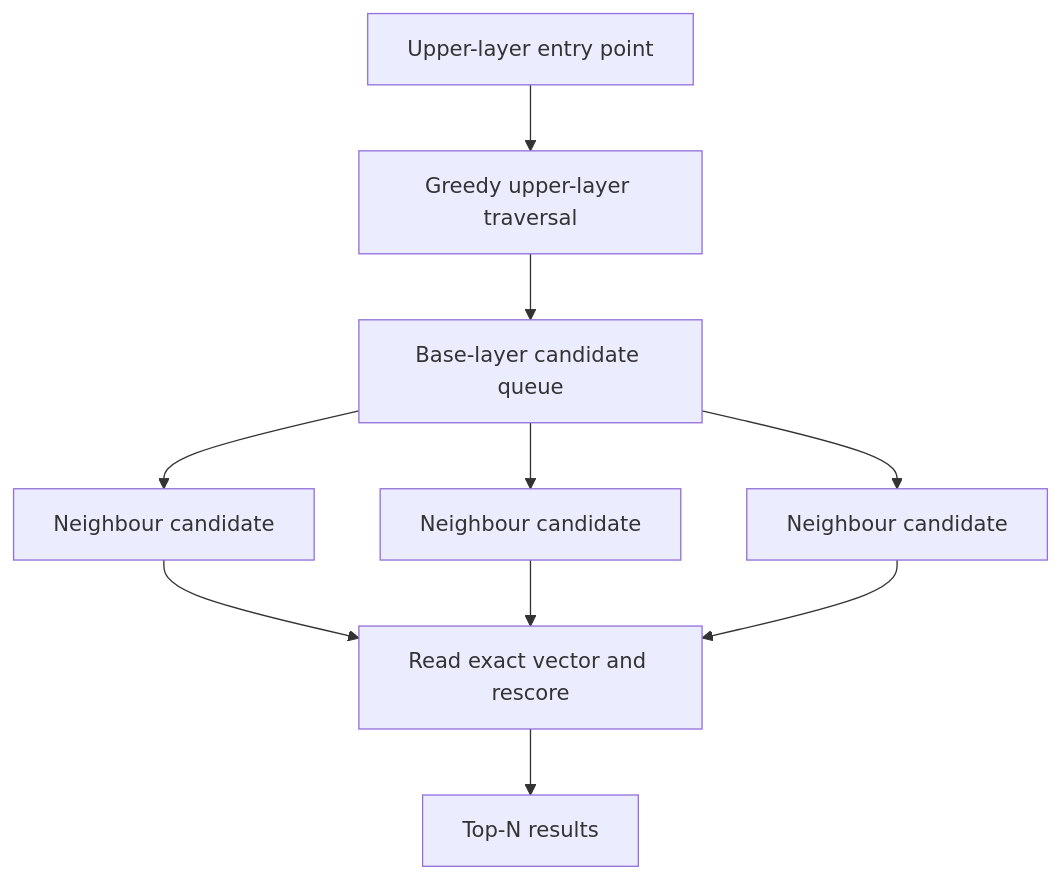
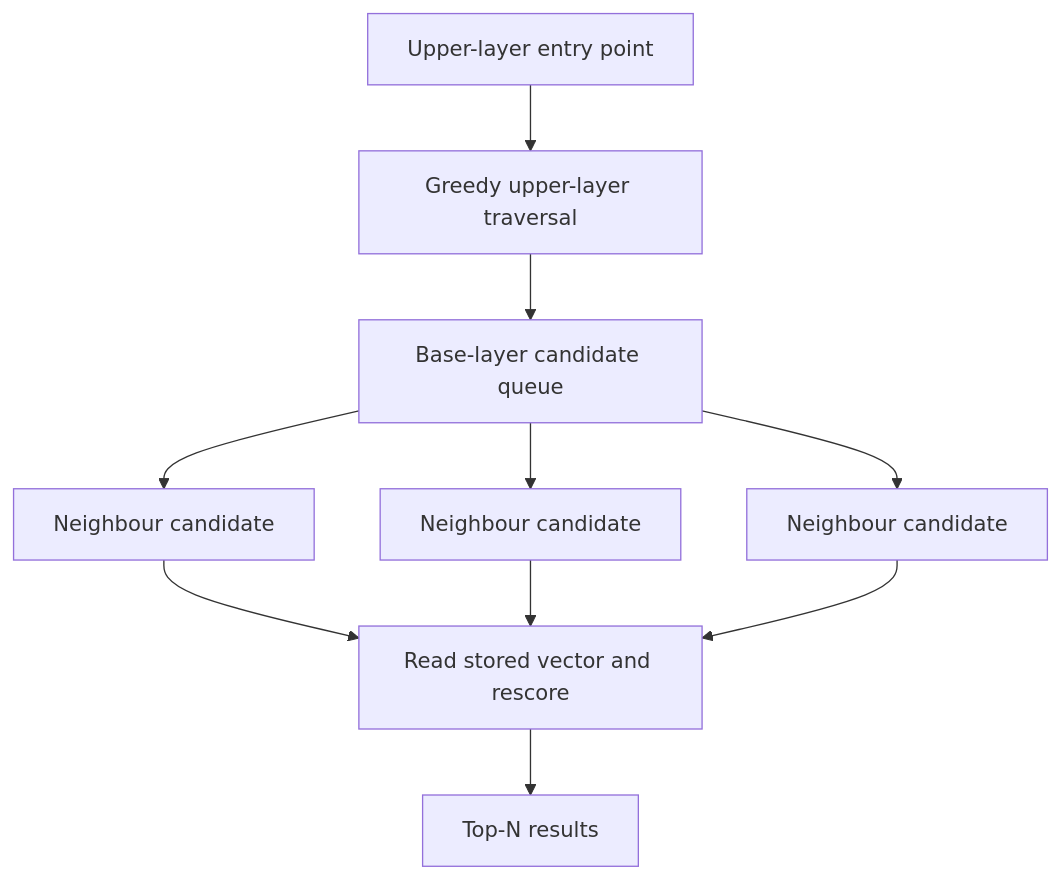
One commit to jordansrowles/LeanCorpus changed the diagram in docs/content/advanced/05-vector-search.md. Above: the diagram before and after it, drawn with Mermaid. The commit also changed other lines of this file and 17 other files, not shown here.

````diff
--- a/docs/content/advanced/05-vector-search.md
+++ b/docs/content/advanced/05-vector-search.md
@@ -7,12 +7,12 @@
 ```mermaid
 flowchart TD
     E[Upper-layer entry point] --> U[Greedy upper-layer traversal]
     U --> B[Base-layer candidate queue]
     B --> N1[Neighbour candidate]
     B --> N2[Neighbour candidate]
     B --> N3[Neighbour candidate]
-    N1 --> R[Read exact vector and rescore]
+    N1 --> R[Read stored vector and rescore]
     N2 --> R
     N3 --> R
     R --> T[Top-N results]
 ```
````
